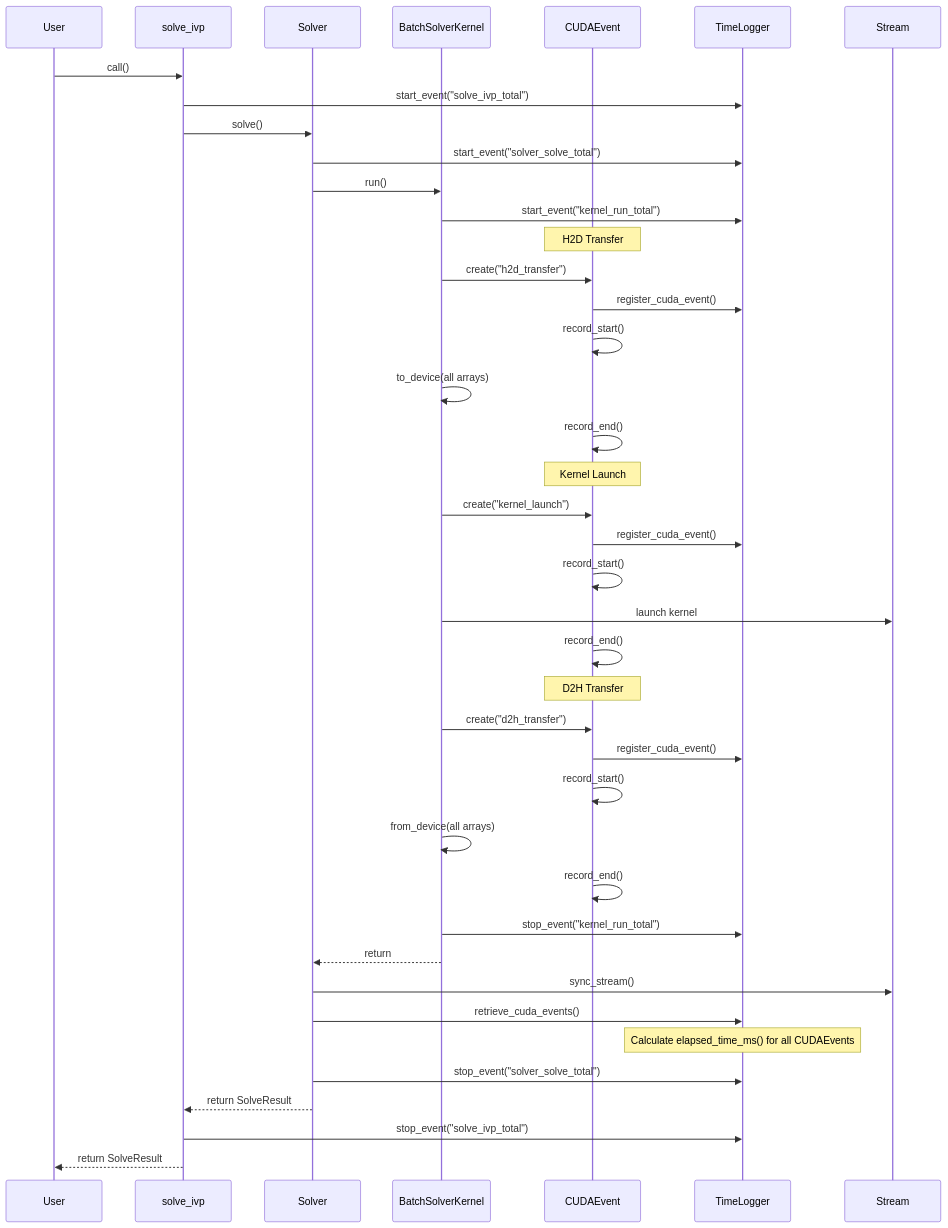
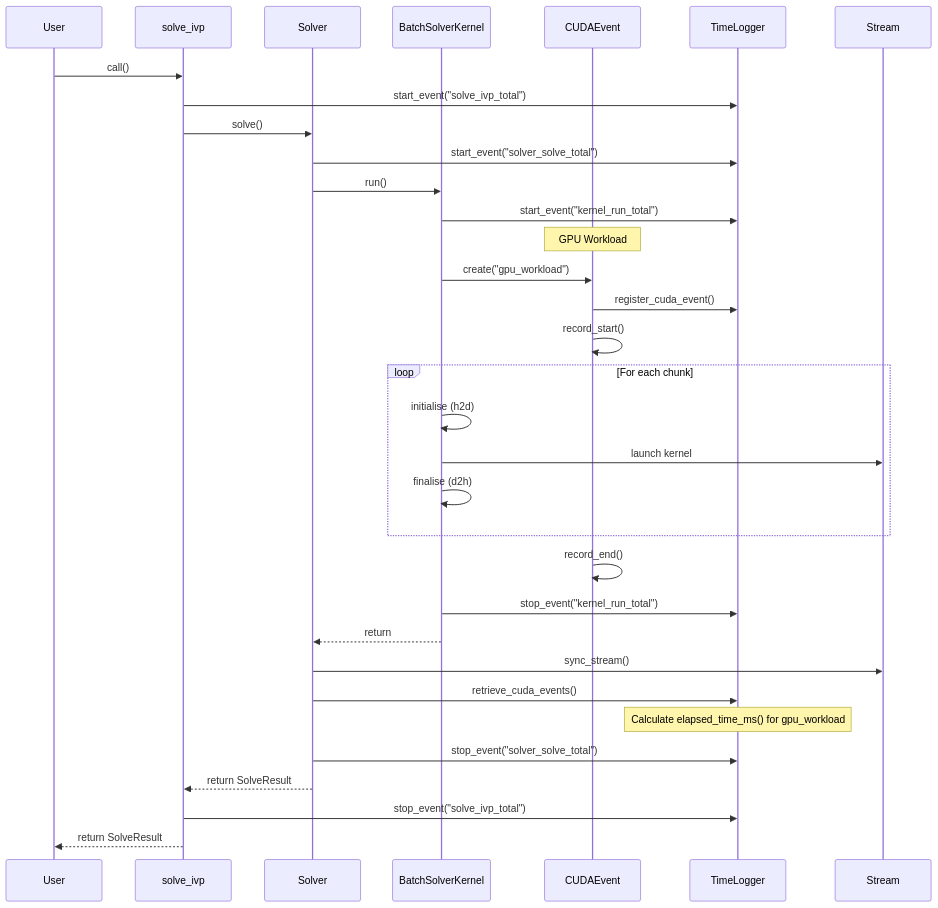
One commit to ccam80/cubie changed the second of 2 diagrams in .github/active_plans/runtime_logging/human_overview.md. Above: the diagram before and after it, drawn with Mermaid. The commit also changed other lines of this file and 2 other files, not shown here.

````diff
--- a/.github/active_plans/runtime_logging/human_overview.md
+++ b/.github/active_plans/runtime_logging/human_overview.md
@@ -106,50 +105,42 @@
 ```mermaid
 sequenceDiagram
     participant User
     participant solve_ivp
     participant Solver
     participant BatchSolverKernel
     participant CUDAEvent
     participant TimeLogger
     participant Stream
     
     User->>solve_ivp: call()
     solve_ivp->>TimeLogger: start_event("solve_ivp_total")
     solve_ivp->>Solver: solve()
     Solver->>TimeLogger: start_event("solver_solve_total")
     Solver->>BatchSolverKernel: run()
     BatchSolverKernel->>TimeLogger: start_event("kernel_run_total")
     
-    Note over CUDAEvent: H2D Transfer
-    BatchSolverKernel->>CUDAEvent: create("h2d_transfer")
+    Note over CUDAEvent: GPU Workload
+    BatchSolverKernel->>CUDAEvent: create("gpu_workload")
     CUDAEvent->>TimeLogger: register_cuda_event()
     CUDAEvent->>CUDAEvent: record_start()
-    BatchSolverKernel->>BatchSolverKernel: to_device(all arrays)
-    CUDAEvent->>CUDAEvent: record_end()
     
-    Note over CUDAEvent: Kernel Launch
-    BatchSolverKernel->>CUDAEvent: create("kernel_launch")
-    CUDAEvent->>TimeLogger: register_cuda_event()
-    CUDAEvent->>CUDAEvent: record_start()
-    BatchSolverKernel->>Stream: launch kernel
-    CUDAEvent->>CUDAEvent: record_end()
+    loop For each chunk
+        BatchSolverKernel->>BatchSolverKernel: initialise (h2d)
+        BatchSolverKernel->>Stream: launch kernel
+        BatchSolverKernel->>BatchSolverKernel: finalise (d2h)
+    end
     
-    Note over CUDAEvent: D2H Transfer  
-    BatchSolverKernel->>CUDAEvent: create("d2h_transfer")
-    CUDAEvent->>TimeLogger: register_cuda_event()
-    CUDAEvent->>CUDAEvent: record_start()
-    BatchSolverKernel->>BatchSolverKernel: from_device(all arrays)
     CUDAEvent->>CUDAEvent: record_end()
     
     BatchSolverKernel->>TimeLogger: stop_event("kernel_run_total")
     BatchSolverKernel-->>Solver: return
     
     Solver->>Stream: sync_stream()
     Solver->>TimeLogger: retrieve_cuda_events()
-    Note over TimeLogger: Calculate elapsed_time_ms() for all CUDAEvents
+    Note over TimeLogger: Calculate elapsed_time_ms() for gpu_workload
     
     Solver->>TimeLogger: stop_event("solver_solve_total")
     Solver-->>solve_ivp: return SolveResult
     solve_ivp->>TimeLogger: stop_event("solve_ivp_total")
     solve_ivp-->>User: return SolveResult
 ```
````
